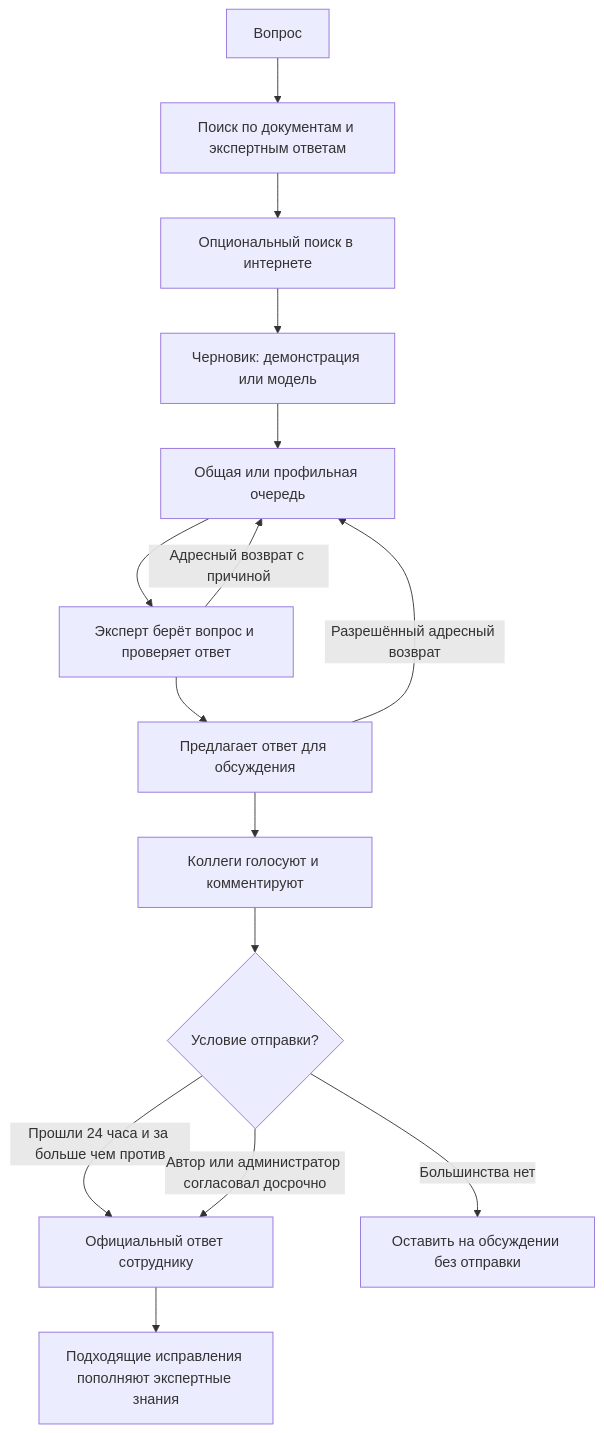
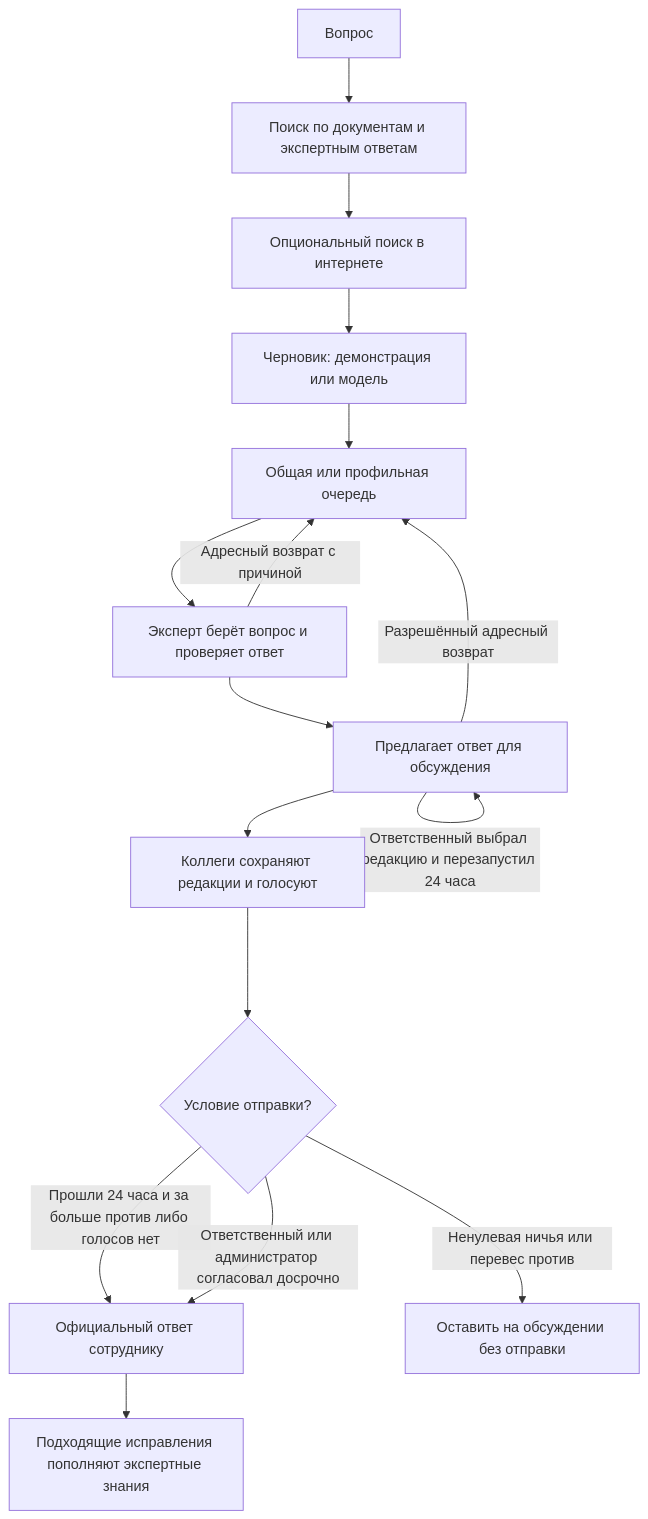
One commit to MOHAPX-V-IT/RagChat changed the diagram in README.ru.md. Above: the diagram before and after it, drawn with Mermaid. The commit also changed other lines of this file and 28 other files, not shown here.

````diff
--- a/README.ru.md
+++ b/README.ru.md
@@ -60,17 +60,18 @@
 ```mermaid
 flowchart TD
     Q[Вопрос] --> R[Поиск по документам и экспертным ответам]
     R --> S[Опциональный поиск в интернете]
     S --> D[Черновик: демонстрация или модель]
     D --> E[Общая или профильная очередь]
     E --> C[Эксперт берёт вопрос и проверяет ответ]
     C --> P[Предлагает ответ для обсуждения]
-    P --> V[Коллеги голосуют и комментируют]
+    P --> V[Коллеги сохраняют редакции и голосуют]
     V --> A{Условие отправки?}
-    A -->|Прошли 24 часа и за больше чем против| F[Официальный ответ сотруднику]
-    A -->|Автор или администратор согласовал досрочно| F
-    A -->|Большинства нет| H[Оставить на обсуждении без отправки]
+    A -->|Прошли 24 часа и за больше против либо голосов нет| F[Официальный ответ сотруднику]
+    A -->|Ответственный или администратор согласовал досрочно| F
+    A -->|Ненулевая ничья или перевес против| H[Оставить на обсуждении без отправки]
     C -->|Адресный возврат с причиной| E
+    P -->|Ответственный выбрал редакцию и перезапустил 24 часа| P
     P -->|Разрешённый адресный возврат| E
     F --> K[Подходящие исправления пополняют экспертные знания]
 ```
````
